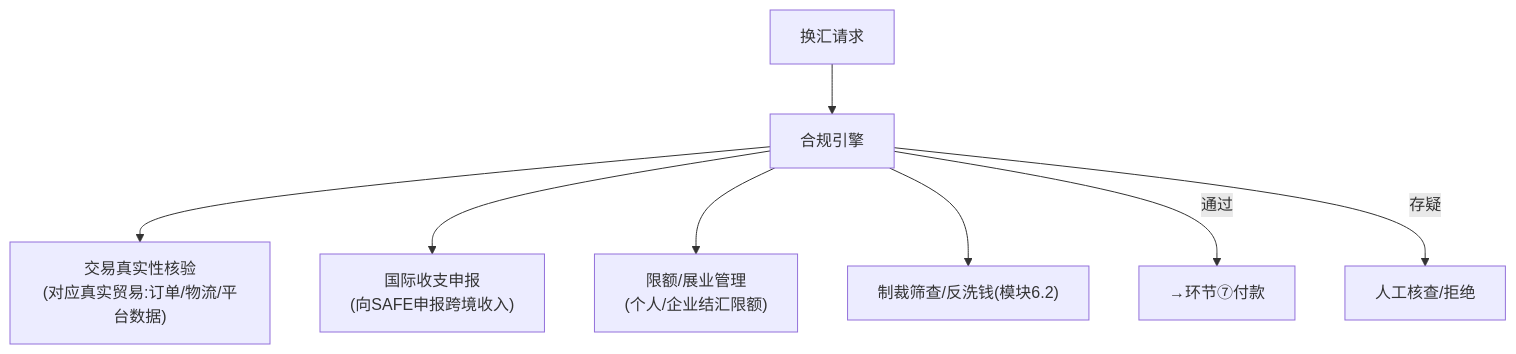
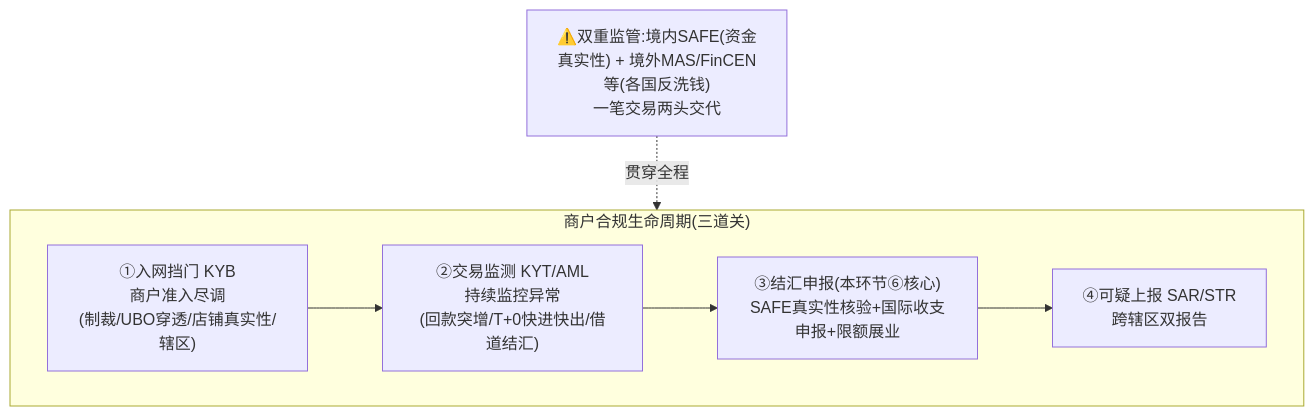
The sixth of 10 diagrams in payment/traditional-payment/03b-crossborder-collection-deepdive.md (loong-ju/tech-research), drawn with Mermaid before and after one commit. The commit also changed other lines of this file, not shown here.

````diff
--- a/payment/traditional-payment/03b-crossborder-collection-deepdive.md
+++ b/payment/traditional-payment/03b-crossborder-collection-deepdive.md
@@ -131,10 +133,10 @@
 ```mermaid
 flowchart TB
-    FX["换汇请求"] --> COMPLY["合规引擎"]
-    COMPLY --> R1["交易真实性核验<br/>(对应真实贸易:订单/物流/平台数据)"]
-    COMPLY --> R2["国际收支申报<br/>(向SAFE申报跨境收入)"]
-    COMPLY --> R3["限额/展业管理<br/>(个人/企业结汇限额)"]
-    COMPLY --> R4["制裁筛查/反洗钱(模块6.2)"]
-    COMPLY -->|通过| PAY["→环节⑦付款"]
-    COMPLY -->|存疑| MANUAL["人工核查/拒绝"]
+    subgraph LIFE["商户合规生命周期(三道关)"]
+        direction LR
+        KYB["①入网挡门 KYB<br/>商户准入尽调<br/>(制裁/UBO穿透/店铺真实性/辖区)"] --> KYT["②交易监测 KYT/AML<br/>持续监控异常<br/>(回款突增/T+0快进快出/借道结汇)"]
+        KYT --> FX6["③结汇申报(本环节⑥核心)<br/>SAFE真实性核验+国际收支申报+限额展业"]
+        FX6 --> SAR["④可疑上报 SAR/STR<br/>跨辖区双报告"]
+    end
+    DUAL["⚠️双重监管:境内SAFE(资金真实性) + 境外MAS/FinCEN等(各国反洗钱)<br/>一笔交易两头交代"] -.贯穿全程.-> LIFE
 ```
````
